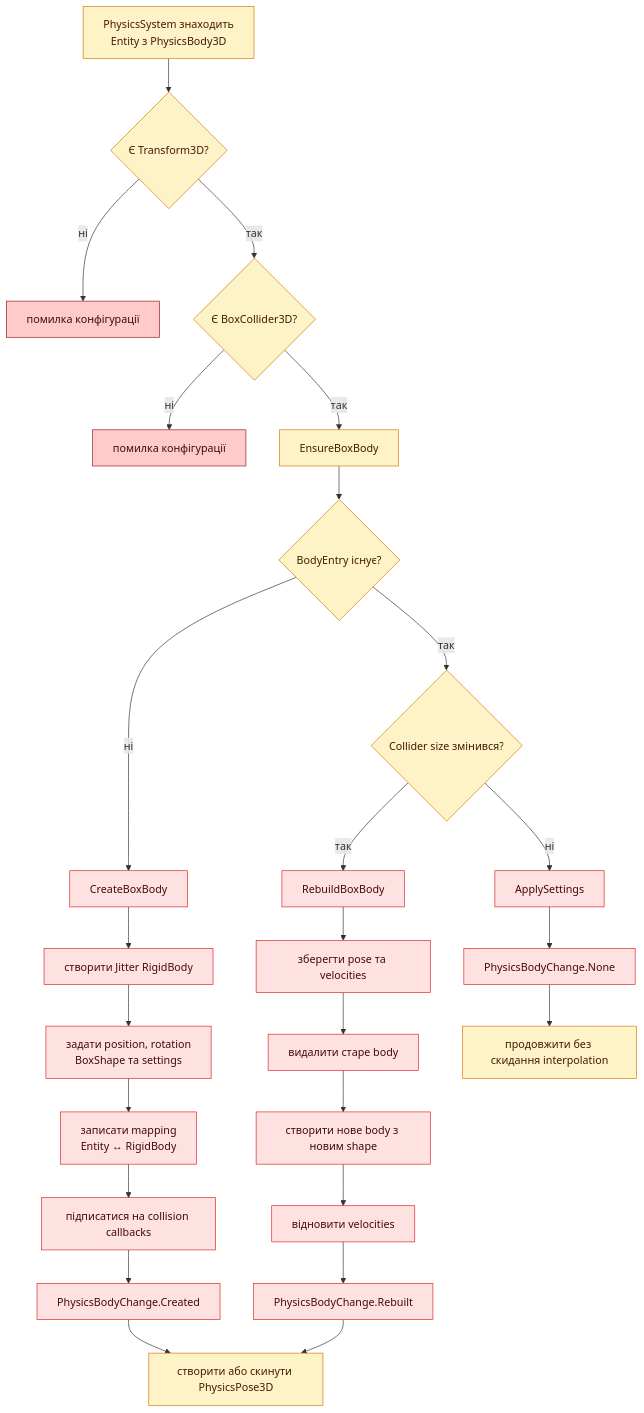
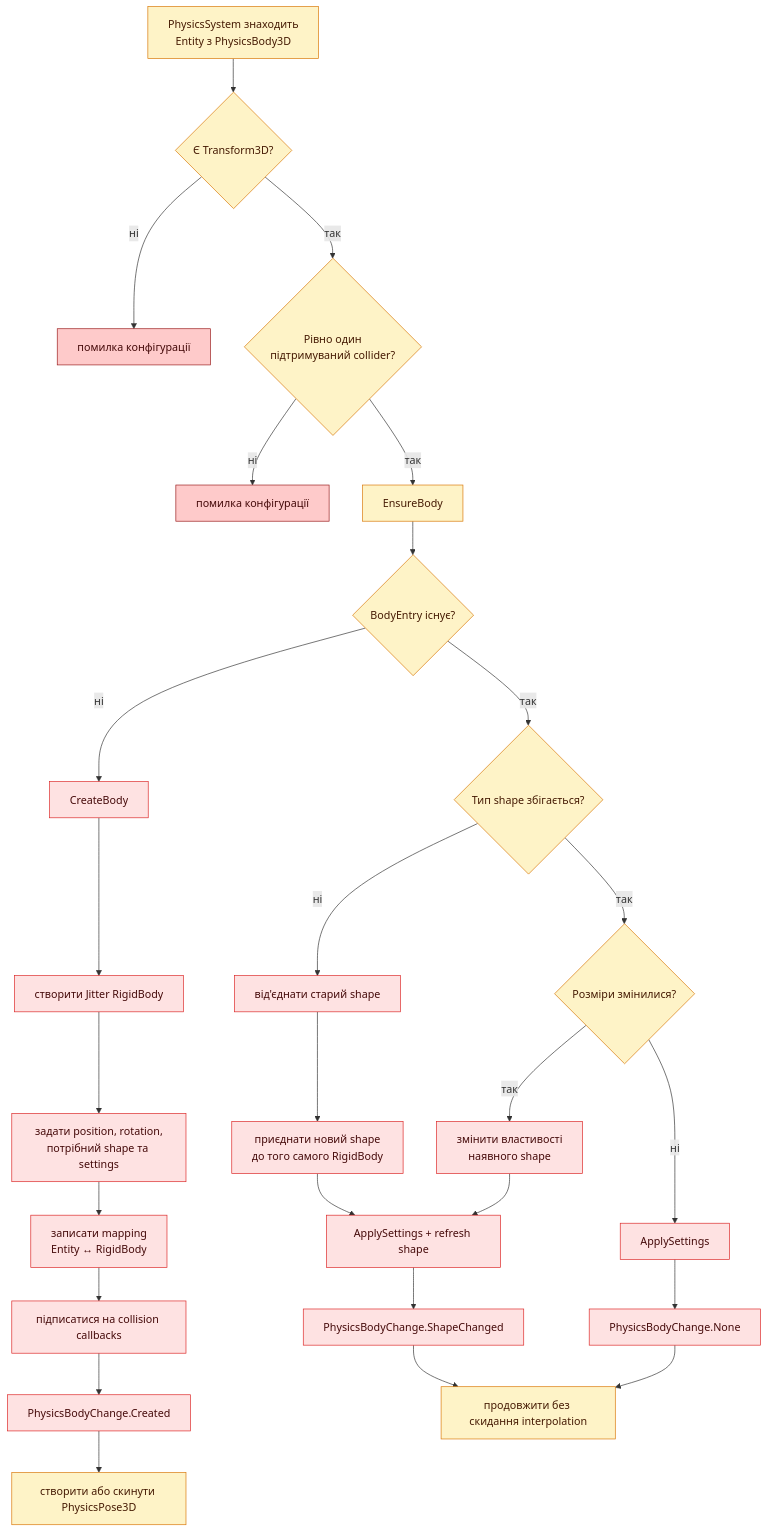
One commit to 7wai7/MonoGame-project changed the first of 2 diagrams in docs/diagrams/06-physics-body-lifecycle.md. Above: the diagram before and after it, drawn with Mermaid. The commit also changed other lines of this file and 14 other files, not shown here.

```diff
--- a/docs/diagrams/06-physics-body-lifecycle.md
+++ b/docs/diagrams/06-physics-body-lifecycle.md
@@ -8,37 +8,38 @@
 ~~~mermaid
 flowchart TD
     A["PhysicsSystem знаходить<br/>Entity з PhysicsBody3D"] --> B{"Є Transform3D?"}
     B -->|"ні"| Error1["помилка конфігурації"]
-    B -->|"так"| C{"Є BoxCollider3D?"}
+    B -->|"так"| C{"Рівно один<br/>підтримуваний collider?"}
     C -->|"ні"| Error2["помилка конфігурації"]
-    C -->|"так"| D["EnsureBoxBody"]
+    C -->|"так"| D["EnsureBody"]
     D --> E{"BodyEntry існує?"}
-    E -->|"ні"| F["CreateBoxBody"]
+    E -->|"ні"| F["CreateBody"]
     F --> G["створити Jitter RigidBody"]
-    G --> H["задати position, rotation<br/>BoxShape та settings"]
+    G --> H["задати position, rotation,<br/>потрібний shape та settings"]
     H --> I["записати mapping<br/>Entity ↔ RigidBody"]
     I --> J["підписатися на collision callbacks"]
     J --> K["PhysicsBodyChange.Created"]
 
-    E -->|"так"| L{"Collider size змінився?"}
-    L -->|"так"| M["RebuildBoxBody"]
-    M --> N["зберегти pose та velocities"]
-    N --> O["видалити старе body"]
-    O --> P["створити нове body з новим shape"]
-    P --> Q["відновити velocities"]
-    Q --> R["PhysicsBodyChange.Rebuilt"]
+    E -->|"так"| L{"Тип shape збігається?"}
+    L -->|"ні"| M["від'єднати старий shape"]
+    M --> N["приєднати новий shape<br/>до того самого RigidBody"]
+    N --> Q["ApplySettings + refresh shape"]
+    Q --> R["PhysicsBodyChange.ShapeChanged"]
 
-    L -->|"ні"| S["ApplySettings"]
+    L -->|"так"| O{"Розміри змінилися?"}
+    O -->|"так"| P["змінити властивості<br/>наявного shape"]
+    P --> Q
+    O -->|"ні"| S["ApplySettings"]
     S --> T["PhysicsBodyChange.None"]
 
     K --> U["створити або скинути PhysicsPose3D"]
-    R --> U
-    T --> V["продовжити без скидання interpolation"]
+    R --> V["продовжити без скидання interpolation"]
+    T --> V
 
     classDef ecs fill:#fef3c7,stroke:#d97706,color:#451a03
     classDef physics fill:#fee2e2,stroke:#dc2626,color:#450a0a
     classDef error fill:#fecaca,stroke:#991b1b,color:#450a0a
-    class A,B,C,D,E,L,U,V ecs
-    class F,G,H,I,J,K,M,N,O,P,Q,R,S,T physics
+    class A,B,C,D,E,L,O,U,V ecs
+    class F,G,H,I,J,K,M,N,P,Q,R,S,T physics
     class Error1,Error2 error
 ~~~
```
